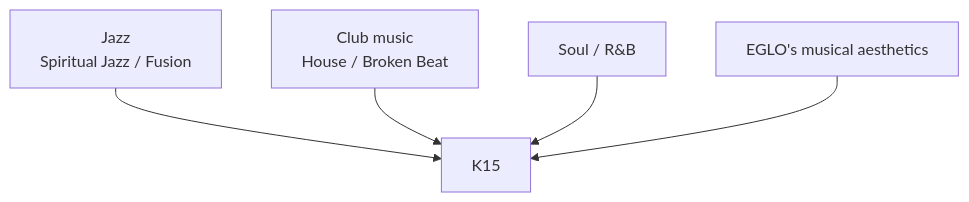
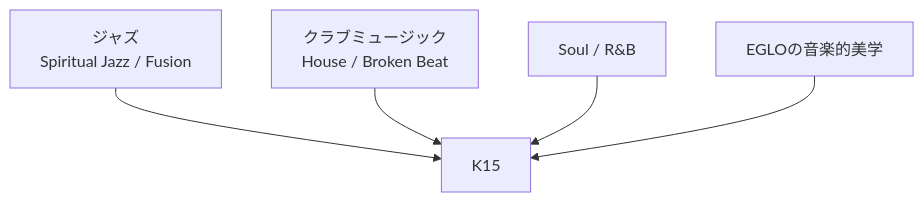
The second of 2 diagrams in en/_posts/2025-11-28-column-k15.md (monumental-movement/monumental-movement.github.io), drawn with Mermaid before and after one commit. The commit also changed other lines of this file and 775 other files, not shown here.

```diff
--- a/en/_posts/2025-11-28-column-k15.md
+++ b/en/_posts/2025-11-28-column-k15.md
@@ -158,7 +157,7 @@
 <div class="mermaid">
 flowchart TD
-    A["Jazz\nSpiritual Jazz / Fusion"] --> C["K15"]
-    B["Club music\nHouse / Broken Beat"] --> C
+    A["ジャズ\nSpiritual Jazz / Fusion"] --> C["K15"]
+    B["クラブミュージック\nHouse / Broken Beat"] --> C
     D["Soul / R&B"] --> C
-    E["EGLO's musical aesthetics"] --> C
+    E["EGLOの音楽的美学"] --> C
 </div>
```
